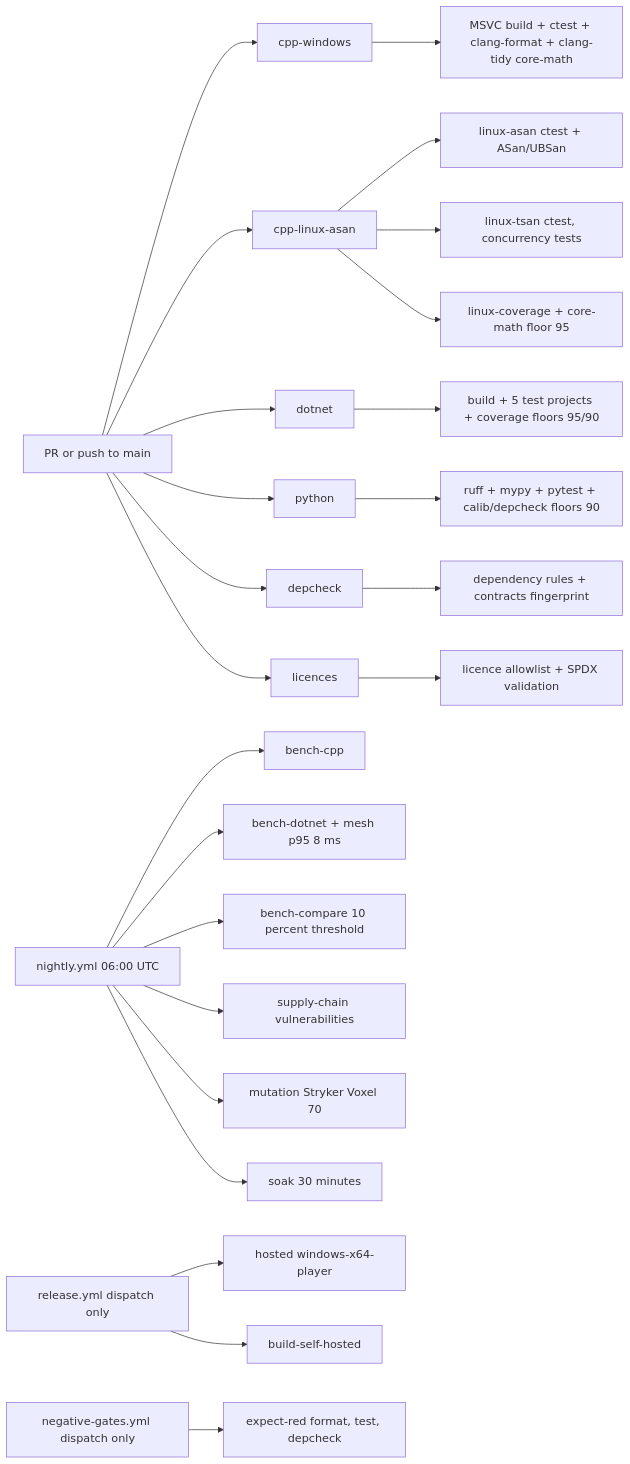
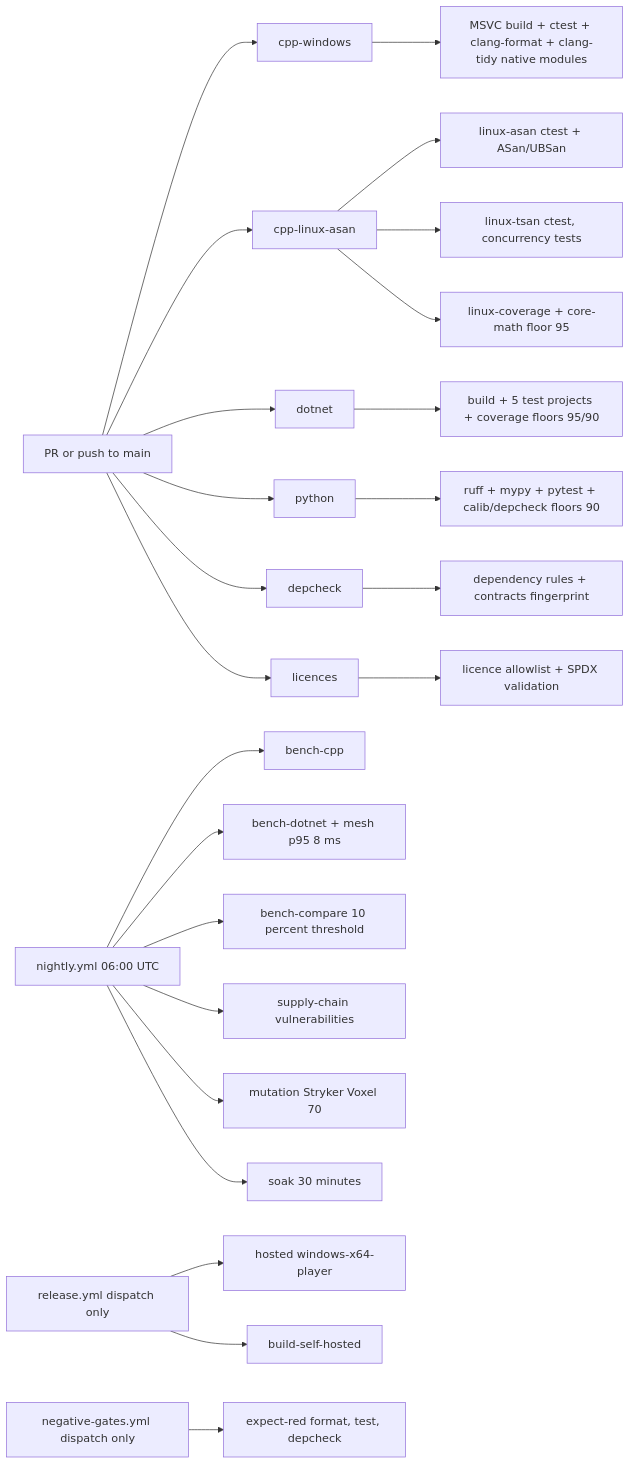
Before and after one commit to sufiankane/minecraft-vr: the seventh of 7 diagrams in docs/ARCHITECTURE.md, drawn with Mermaid. The commit also changed other lines of this file and 49 other files, not shown here.

````diff
--- a/docs/ARCHITECTURE.md
+++ b/docs/ARCHITECTURE.md
@@ -576,31 +576,31 @@
 ```mermaid
 graph LR
   PR["PR or push to main"] --> CW["cpp-windows"]
   PR --> CL["cpp-linux-asan"]
   PR --> DN["dotnet"]
   PR --> PY["python"]
   PR --> DC["depcheck"]
   PR --> LC["licences"]
 
   CL --> ASAN["linux-asan ctest + ASan/UBSan"]
   CL --> TSAN["linux-tsan ctest, concurrency tests"]
   CL --> COV["linux-coverage + core-math floor 95"]
 
-  CW --> CW1["MSVC build + ctest + clang-format + clang-tidy core-math"]
+  CW --> CW1["MSVC build + ctest + clang-format + clang-tidy native modules"]
   DN --> DN1["build + 5 test projects + coverage floors 95/90"]
   PY --> PY1["ruff + mypy + pytest + calib/depcheck floors 90"]
   DC --> DC1["dependency rules + contracts fingerprint"]
   LC --> LC1["licence allowlist + SPDX validation"]
 
   NIGHT["nightly.yml 06:00 UTC"] --> NB1["bench-cpp"]
   NIGHT --> NB2["bench-dotnet + mesh p95 8 ms"]
   NIGHT --> NB3["bench-compare 10 percent threshold"]
   NIGHT --> NB4["supply-chain vulnerabilities"]
   NIGHT --> NB5["mutation Stryker Voxel 70"]
   NIGHT --> NB6["soak 30 minutes"]
 
   REL["release.yml dispatch only"] --> RH["hosted windows-x64-player"]
   REL --> RS["build-self-hosted"]
 
   NEG["negative-gates.yml dispatch only"] --> NG["expect-red format, test, depcheck"]
 ```
````
